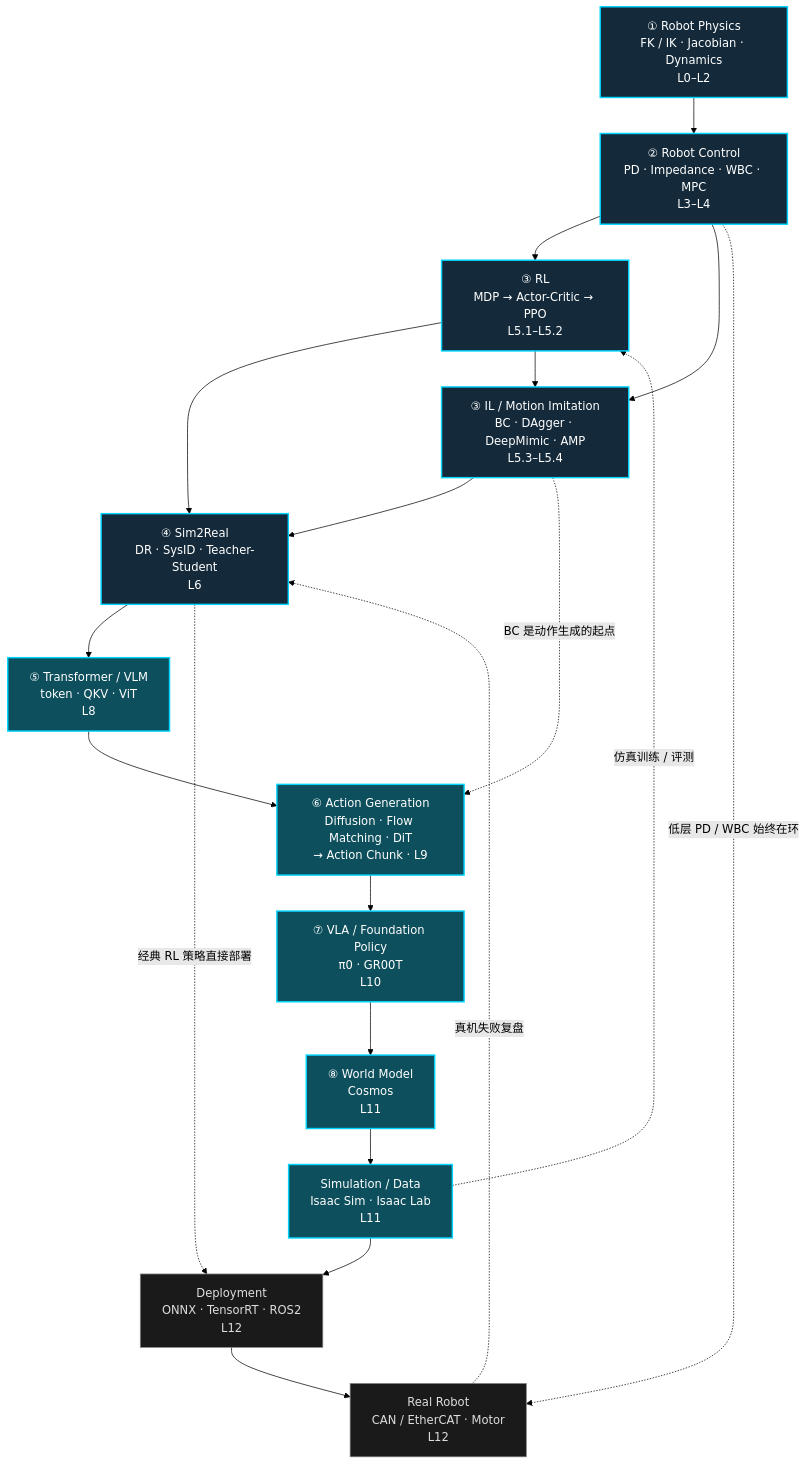
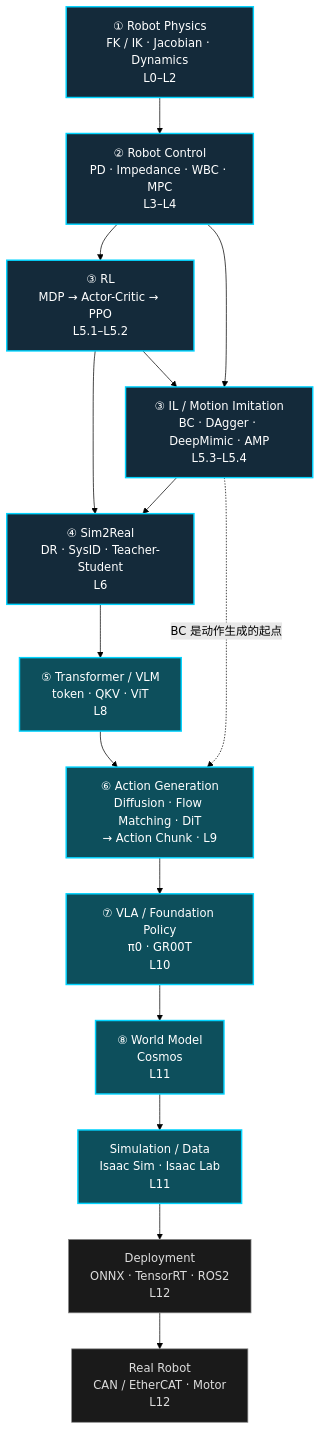
Before and after one commit to ImChong/Robotics_Notebooks: the first of 33 diagrams in roadmap/motion-control.md, drawn with Mermaid (forest theme). The commit also changed other lines of this file and 1 other file, not shown here.

First line of the commit message:
fix(roadmap): 精简 Physical AI 主干图交叉虚线并修正社区命名规范

````diff
--- a/roadmap/motion-control.md
+++ b/roadmap/motion-control.md
@@ -60,32 +60,28 @@
 ```mermaid
 flowchart TB
   P["① Robot Physics<br/>FK / IK · Jacobian · Dynamics<br/>L0–L2"]
   C["② Robot Control<br/>PD · Impedance · WBC · MPC<br/>L3–L4"]
   RL["③ RL<br/>MDP → Actor-Critic → PPO<br/>L5.1–L5.2"]
   IL["③ IL / Motion Imitation<br/>BC · DAgger · DeepMimic · AMP<br/>L5.3–L5.4"]
   S2R["④ Sim2Real<br/>DR · SysID · Teacher-Student<br/>L6"]
   TF["⑤ Transformer / VLM<br/>token · QKV · ViT<br/>L8"]
   GEN["⑥ Action Generation<br/>Diffusion · Flow Matching · DiT<br/>→ Action Chunk · L9"]
   VLA["⑦ VLA / Foundation Policy<br/>π0 · GR00T<br/>L10"]
   WM["⑧ World Model<br/>Cosmos<br/>L11"]
   SIM["Simulation / Data<br/>Isaac Sim · Isaac Lab<br/>L11"]
   DEP["Deployment<br/>ONNX · TensorRT · ROS2<br/>L12"]
   HW["Real Robot<br/>CAN / EtherCAT · Motor<br/>L12"]
 
   P --> C --> RL --> S2R
   C --> IL --> S2R
   RL --> IL
   S2R --> TF --> GEN --> VLA --> WM --> SIM --> DEP --> HW
   IL -. BC 是动作生成的起点 .-> GEN
-  SIM -. 仿真训练 / 评测 .-> RL
-  S2R -. 经典 RL 策略直接部署 .-> DEP
-  C -. 低层 PD / WBC 始终在环 .-> HW
-  HW -. 真机失败复盘 .-> S2R
 
   classDef trunk fill:#142a3a,stroke:#00d4ff,stroke-width:2px,color:#fff
   classDef ext fill:#0d4f5c,stroke:#00d4ff,stroke-width:2px,color:#fff
   classDef hw fill:#1a1a1a,stroke:#888,color:#ddd
   class P,C,RL,IL,S2R trunk
   class TF,GEN,VLA,WM,SIM ext
   class DEP,HW hw
 ```
````
